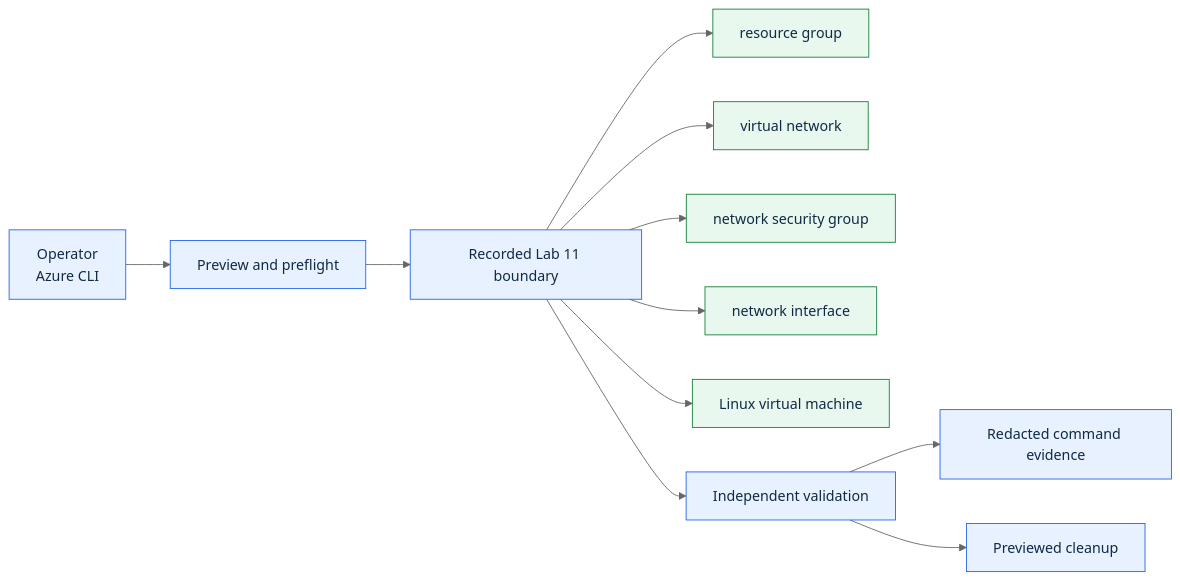
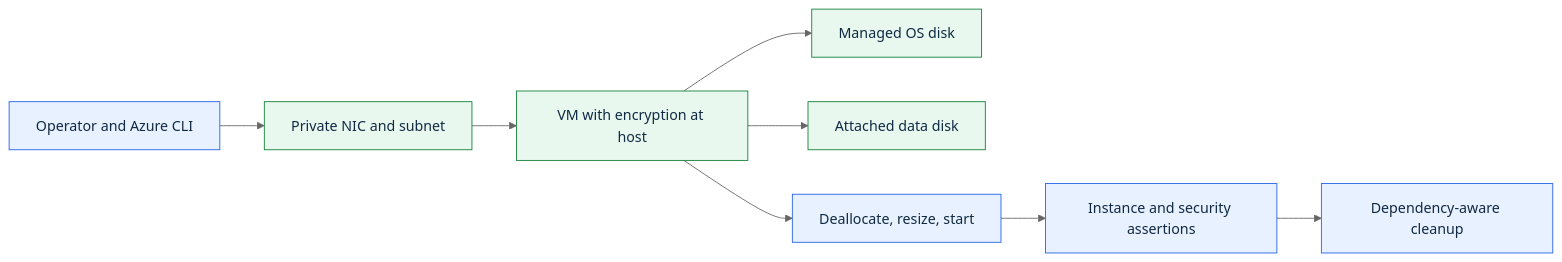
Before and after one commit to amineMehdi/az104-azure-administrator-labs: the diagram in labs/11-vm-lifecycle-disks-encryption/diagrams/architecture.mmd, drawn with Mermaid (neutral theme). The commit also changed 497 other files, not shown here.

```diff
--- a/labs/11-vm-lifecycle-disks-encryption/diagrams/architecture.mmd
+++ b/labs/11-vm-lifecycle-disks-encryption/diagrams/architecture.mmd
@@ -1,15 +1,12 @@
 flowchart LR
-    A["Operator<br/>Azure CLI"] --> P["Preview and preflight"]
-    P --> S["Recorded Lab 11 boundary"]
-    S --> R1["resource group"]
-    S --> R2["virtual network"]
-    S --> R3["network security group"]
-    S --> R4["network interface"]
-    S --> R5["Linux virtual machine"]
-    S --> V["Independent validation"]
-    V --> E["Redacted command evidence"]
-    V --> C["Previewed cleanup"]
+    A["Operator and Azure CLI"] --> N["Private NIC and subnet"]
+    N --> V["VM with encryption at host"]
+    V --> O["Managed OS disk"]
+    V --> D["Attached data disk"]
+    V --> Z["Deallocate, resize, start"]
+    Z --> I["Instance and security assertions"]
+    I --> C["Dependency-aware cleanup"]
     classDef control fill:#e8f1ff,stroke:#2563eb,color:#102a43;
     classDef resource fill:#e9f8ef,stroke:#16803a,color:#102a43;
-    class A,P,S,V,E,C control;
-    class R1,R2,R3,R4,R5 resource;
+    class A,Z,I,C control;
+    class N,V,O,D resource;
```
